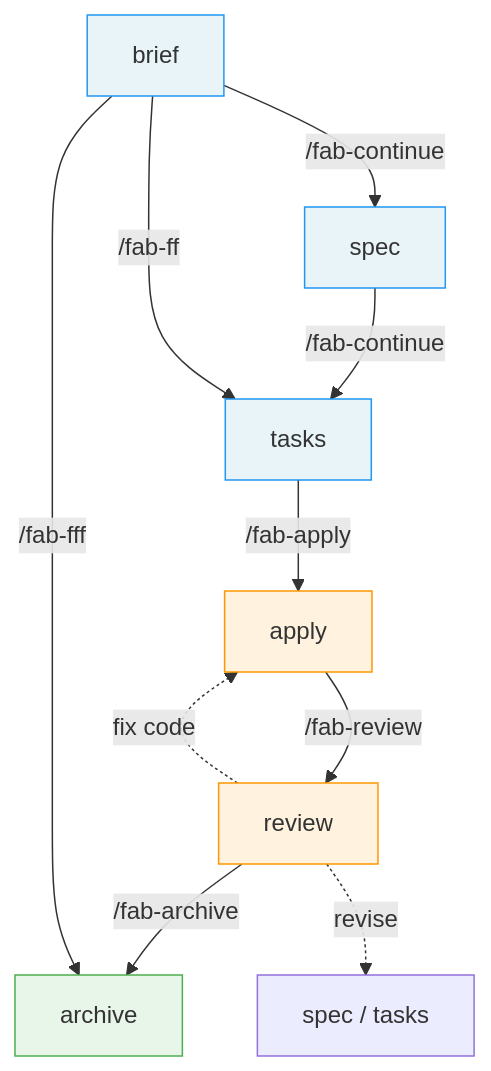
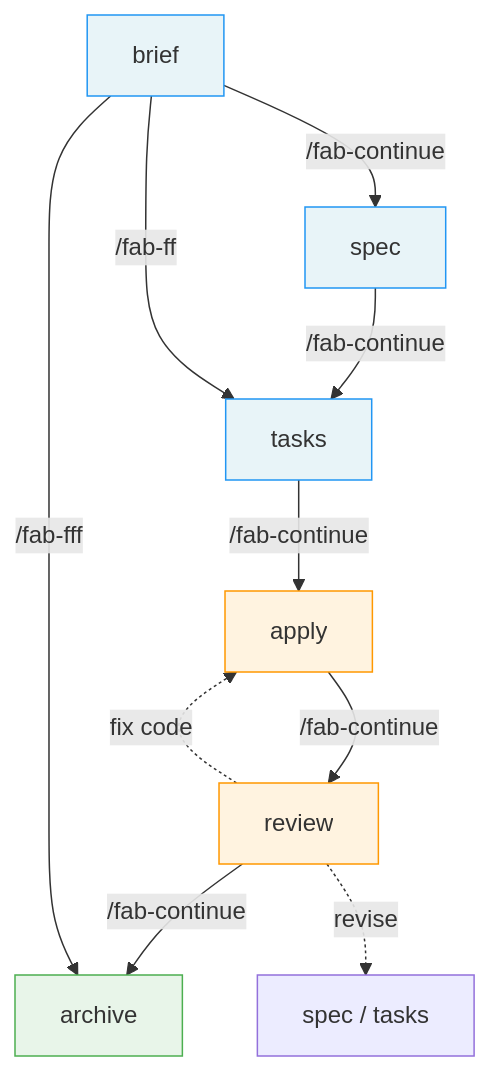
The second of 4 diagrams in fab/design/user-flow.md (wvrdz/fab-kit), drawn with Mermaid before and after one commit. The commit also changed other lines of this file and 34 other files, not shown here.

First line of the commit message:
feat: unify fab-apply, fab-review, fab-archive into fab-continue (#DEV-1014)

````diff
--- a/fab/design/user-flow.md
+++ b/fab/design/user-flow.md
@@ -38,24 +38,24 @@
 ```mermaid
 flowchart TD
     B[brief] -->|"/fab-continue"| S[spec]
     S -->|"/fab-continue"| T[tasks]
-    T -->|"/fab-apply"| A[apply]
-    A -->|"/fab-review"| R[review]
-    R -->|"/fab-archive"| AR[archive]
+    T -->|"/fab-continue"| A[apply]
+    A -->|"/fab-continue"| R[review]
+    R -->|"/fab-continue"| AR[archive]
 
     %% Shortcuts
     B -->|"/fab-ff"| T
     B -->|"/fab-fff"| AR
 
     %% Rework from review
     R -.->|"fix code"| A
     R -.->|"revise"| REWORK["spec / tasks"]
 
     %% Styles
     style B fill:#e8f4f8,stroke:#2196F3
     style S fill:#e8f4f8,stroke:#2196F3
     style T fill:#e8f4f8,stroke:#2196F3
     style A fill:#fff3e0,stroke:#FF9800
     style R fill:#fff3e0,stroke:#FF9800
     style AR fill:#e8f5e9,stroke:#4CAF50
 ```
````
